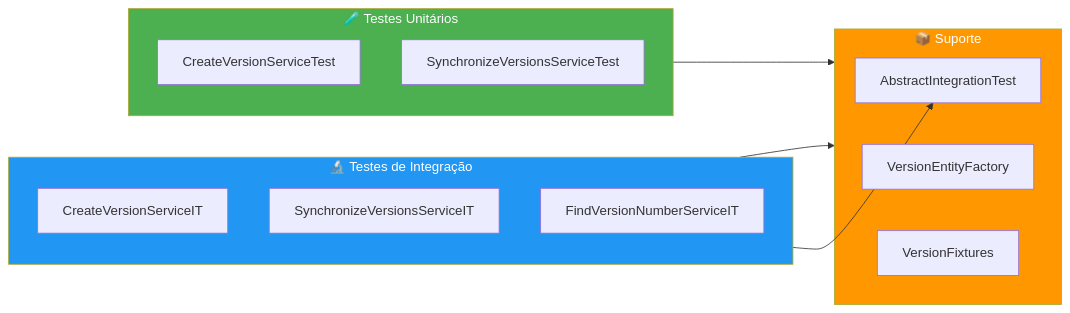
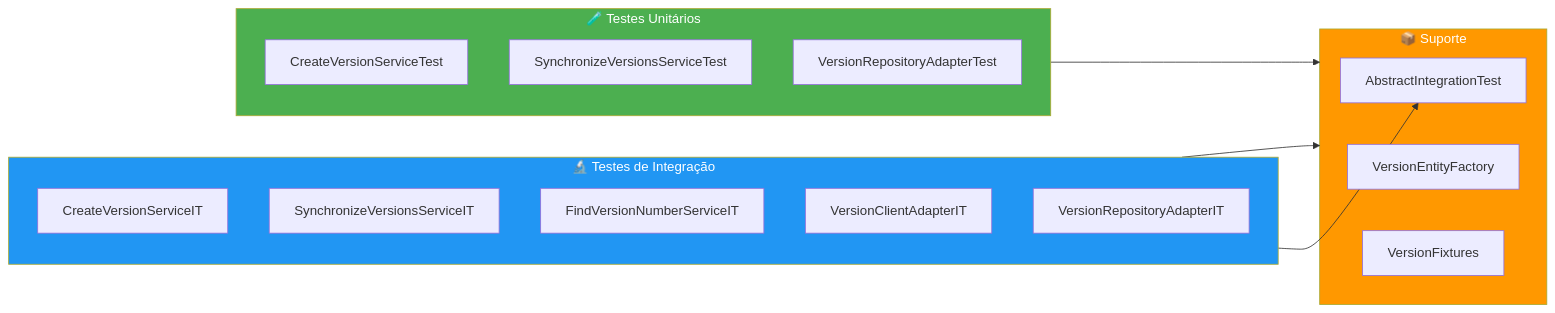
Before and after one commit to douglas-dreer/league-of-legends: the third of 4 diagrams in docs/RELATORIO_ANALISE_TECNICA.md, drawn with Mermaid. The commit also changed other lines of this file and 2 other files, not shown here.

Commit message:
Add complete API documentation for League of Legends API and update project version to 1.3.0

````diff
--- a/docs/RELATORIO_ANALISE_TECNICA.md
+++ b/docs/RELATORIO_ANALISE_TECNICA.md
@@ -264,27 +265,30 @@
 ```mermaid
 graph LR
     subgraph Unit["🧪 Testes Unitários"]
         CVS[CreateVersionServiceTest]
         SVS[SynchronizeVersionsServiceTest]
+        VRA[VersionRepositoryAdapterTest]
     end
 
     subgraph Integration["🔬 Testes de Integração"]
         CVSIT[CreateVersionServiceIT]
         SVSIT[SynchronizeVersionsServiceIT]
         FVNSIT[FindVersionNumberServiceIT]
+        VCAIT[VersionClientAdapterIT]
+        VRAIT[VersionRepositoryAdapterIT]
     end
 
     subgraph Support["📦 Suporte"]
         AIT[AbstractIntegrationTest]
         VEF[VersionEntityFactory]
         VF[VersionFixtures]
     end
 
     Unit --> Support
     Integration --> Support
     Integration --> AIT
 
     style Unit fill:#4CAF50,color:#fff
     style Integration fill:#2196F3,color:#fff
     style Support fill:#FF9800,color:#fff
 ```
````
